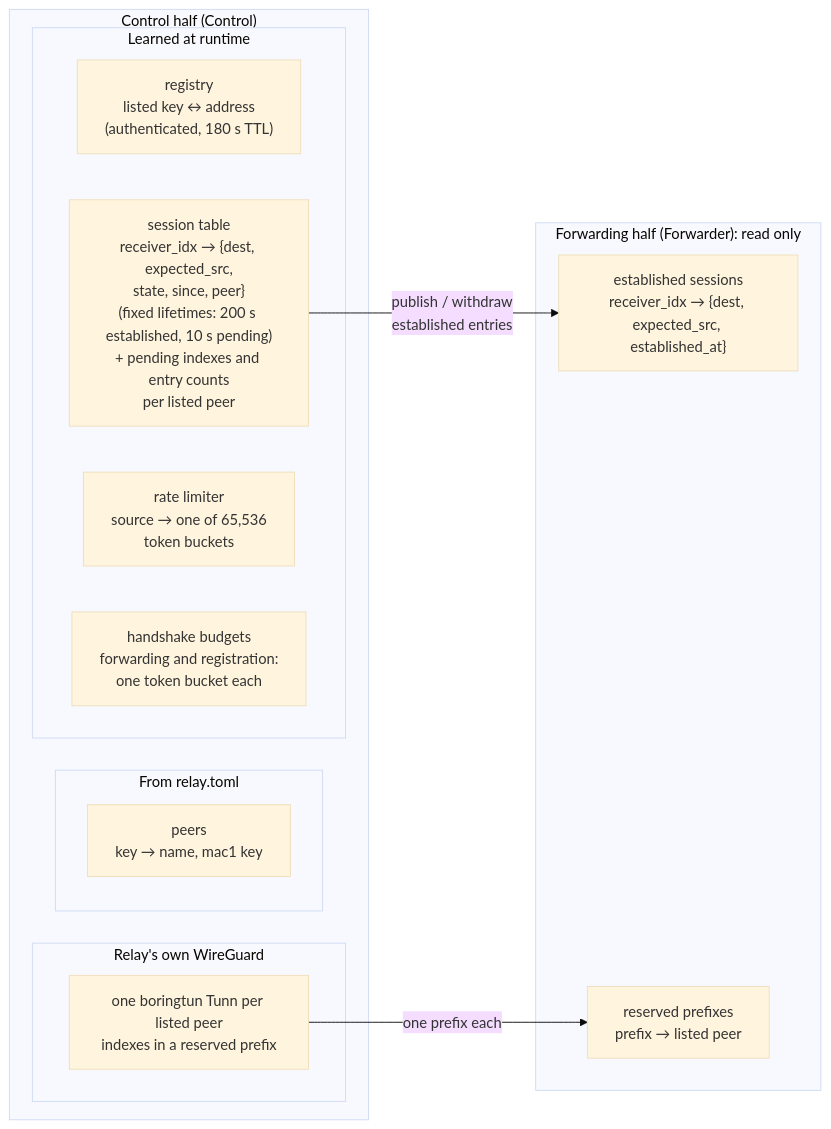
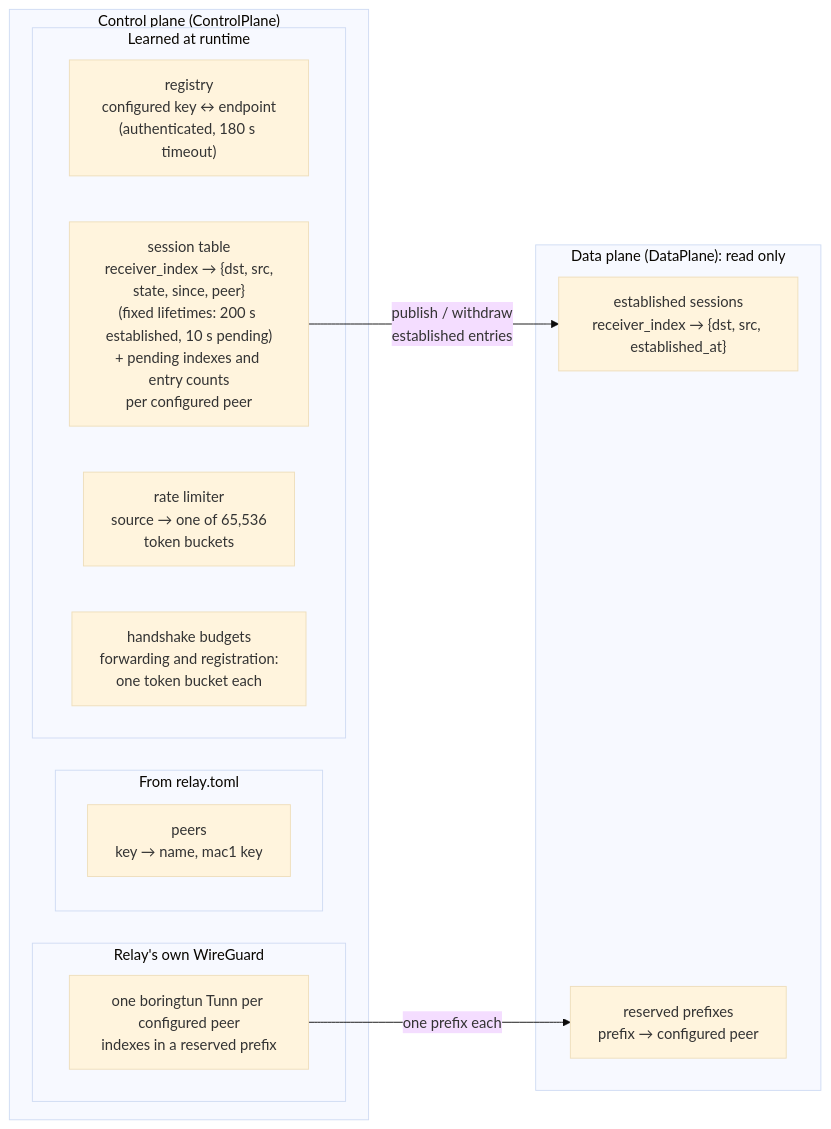
One commit to 3alpha/wg-relay changed the ninth of 23 diagrams in docs/how-it-works.md. Above: the diagram before and after it, drawn with Mermaid (base theme). The commit also changed other lines of this file and 46 other files, not shown here.

````diff
--- a/docs/how-it-works.md
+++ b/docs/how-it-works.md
@@ -343,23 +345,23 @@
 ```mermaid
 flowchart LR
-    subgraph fwd["Forwarding half (Forwarder): read only"]
-        EST["established sessions<br/>receiver_idx → {dest, expected_src, established_at}"]
-        RES["reserved prefixes<br/>prefix → listed peer"]
+    subgraph fwd["Data plane (DataPlane): read only"]
+        EST["established sessions<br/>receiver_index → {dst, src, established_at}"]
+        RES["reserved prefixes<br/>prefix → configured peer"]
     end
-    subgraph ctl["Control half (Control)"]
-        subgraph cfg["From relay.toml"]
+    subgraph ctl["Control plane (ControlPlane)"]
+        subgraph conf["From relay.toml"]
             P["peers<br/>key → name, mac1 key"]
         end
         subgraph learned_state["Learned at runtime"]
-            REG["registry<br/>listed key ↔ address<br/>(authenticated, 180 s TTL)"]
-            SES["session table<br/>receiver_idx → {dest, expected_src,<br/>state, since, peer}<br/>(fixed lifetimes: 200 s established, 10 s pending)<br/>+ pending indexes and entry counts<br/>per listed peer"]
+            REG["registry<br/>configured key ↔ endpoint<br/>(authenticated, 180 s timeout)"]
+            SES["session table<br/>receiver_index → {dst, src,<br/>state, since, peer}<br/>(fixed lifetimes: 200 s established, 10 s pending)<br/>+ pending indexes and entry counts<br/>per configured peer"]
             RL["rate limiter<br/>source → one of 65,536<br/>token buckets"]
             BUD["handshake budgets<br/>forwarding and registration:<br/>one token bucket each"]
         end
         subgraph tunnels["Relay's own WireGuard"]
-            T["one boringtun Tunn per listed peer<br/>indexes in a reserved prefix"]
+            T["one boringtun Tunn per configured peer<br/>indexes in a reserved prefix"]
         end
     end
     SES -- "publish / withdraw<br/>established entries" --> EST
     T -- "one prefix each" --> RES
 ```
````
